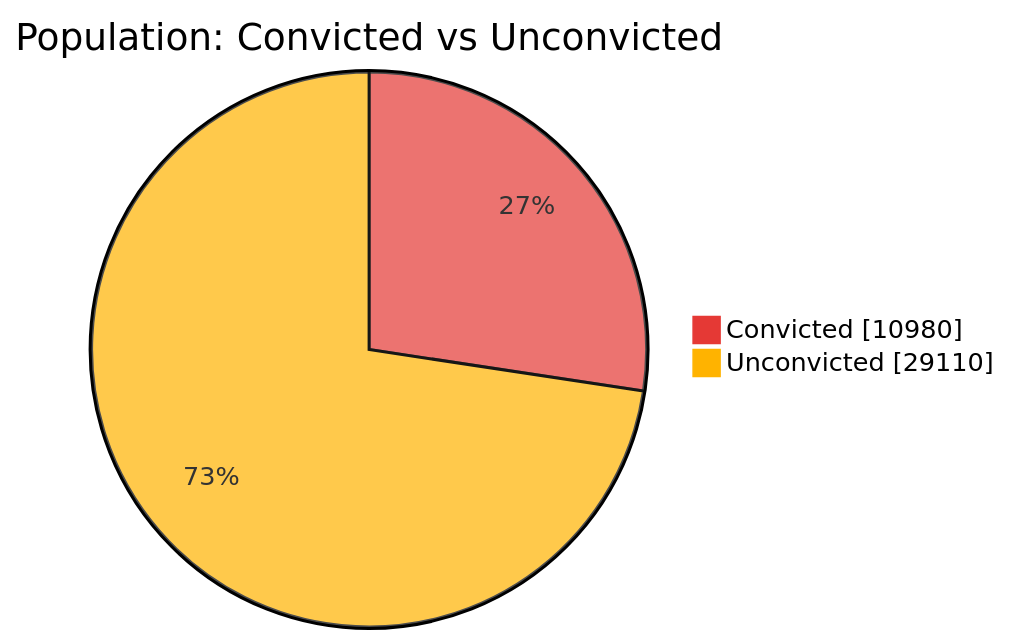
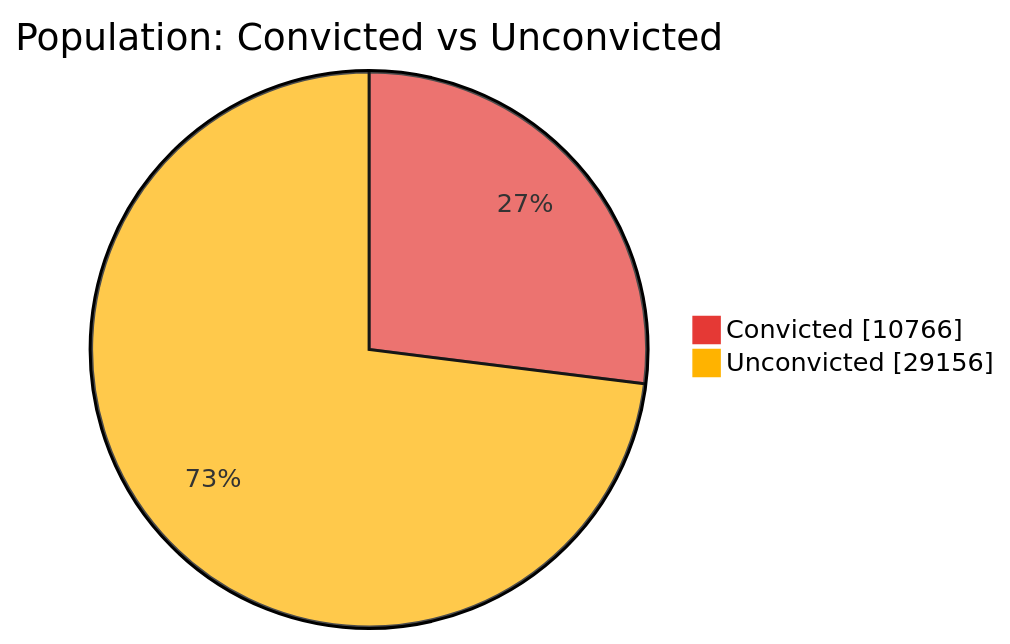
Before and after one commit to nuuuwan/lk_prisons: the first of 7 diagrams in README.md, drawn with Mermaid. The commit also changed other lines of this file and 1 other file, not shown here.

````diff
--- a/README.md
+++ b/README.md
@@ -43,6 +43,6 @@
 ```mermaid
 %%{init: {'themeVariables': {'pie1': '#E53935', 'pie2': '#FFB300'}}}%%
 pie showData title Population: Convicted vs Unconvicted
-    "Convicted" : 10980
-    "Unconvicted" : 29110
+    "Convicted" : 10766
+    "Unconvicted" : 29156
 ```
````
